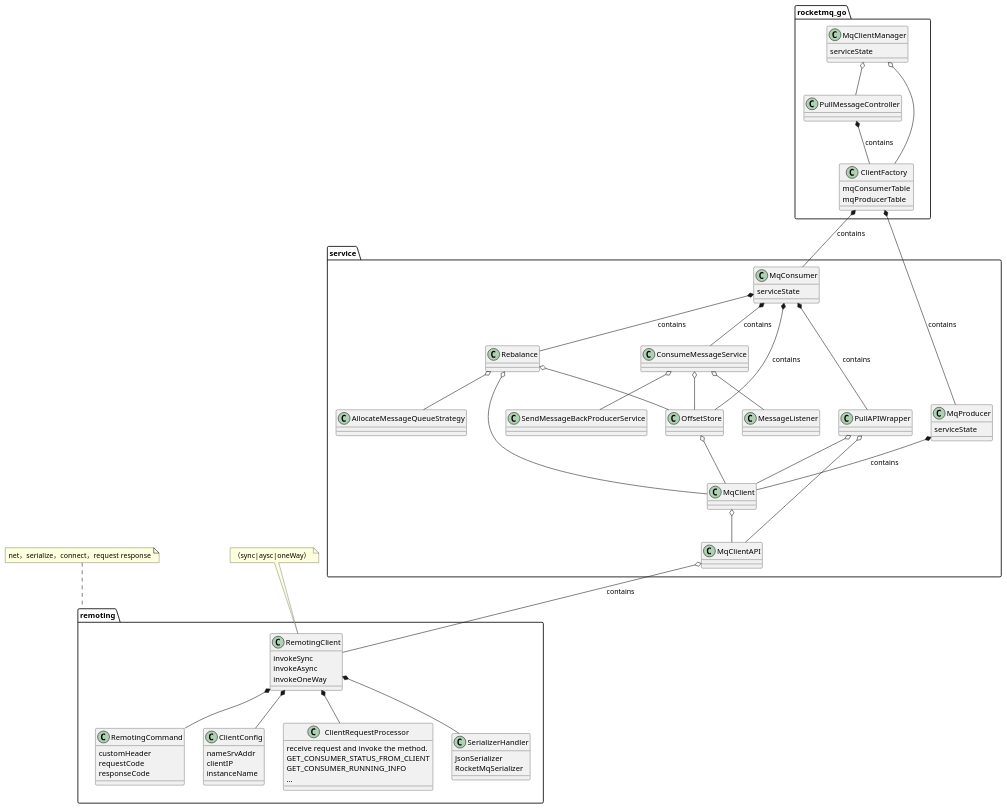
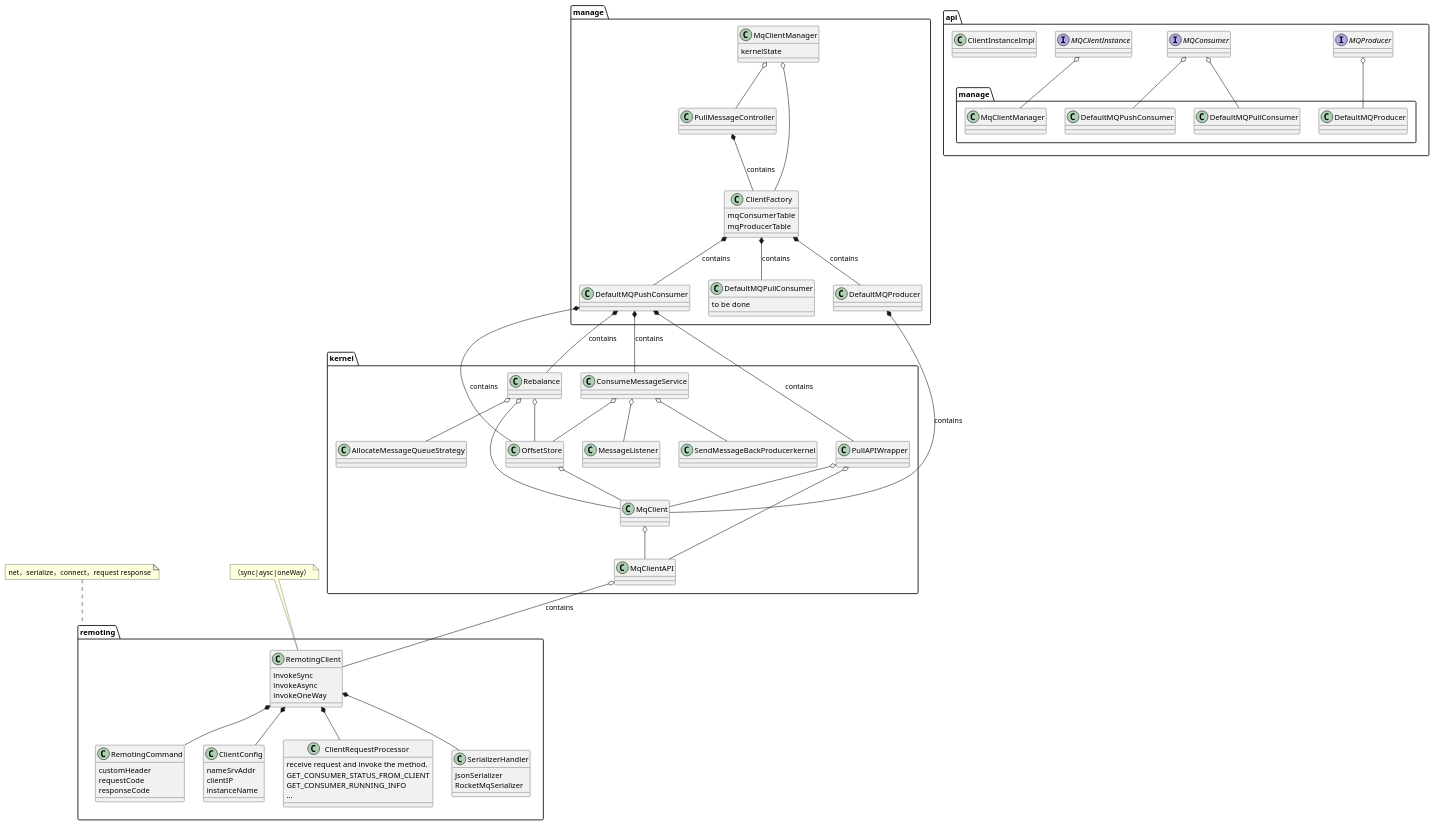
The diagram in rocketmq-go/docs/package.puml (apache/rocketmq-externals), drawn with PlantUML before and after one commit. The commit also changed 28 other files, not shown here.

```diff
--- a/rocketmq-go/docs/package.puml
+++ b/rocketmq-go/docs/package.puml
@@ -1,100 +1,123 @@
 @startuml
-
-
-class rocketmq_go.MqClientManager{
-serviceState
-}
-class rocketmq_go.PullMessageController{
+interface api.MQProducer{
 
 }
-class service.AllocateMessageQueueStrategy{
+interface api.MQConsumer{
+
 }
-class rocketmq_go.ClientFactory{
+interface api.MQClientInstance{
+
+       
+}
+class api.ClientInstanceImpl{
+}
+
+namespace api{
+    MQClientInstance o-- manage.MqClientManager
+    MQProducer o-- manage.DefaultMQProducer
+    MQConsumer o-- manage.DefaultMQPushConsumer
+     MQConsumer o-- manage.DefaultMQPullConsumer
+}
+
+class manage.MqClientManager{
+kernelState
+}
+class manage.PullMessageController{
+
+}
+class kernel.AllocateMessageQueueStrategy{
+}
+class manage.ClientFactory{
 mqConsumerTable
 mqProducerTable
 }
-class service.MqConsumer{
-serviceState
+class manage.DefaultMQPushConsumer{
 }
-class service.MqProducer{
-serviceState
+class manage.DefaultMQPullConsumer{
+    to be done
+}
+class manage.DefaultMQProducer{
  }
- class service.MqClient{
+ class kernel.MqClient{
 
  }
- class service.MessageListener{
+ class kernel.MessageListener{
  }
   class remoting.RemotingClient{
    invokeSync
    invokeAsync
    invokeOneWay
   }
  class remoting.RemotingCommand{
   customHeader
   requestCode
   responseCode
  }
   class remoting.ClientConfig{
    nameSrvAddr
    clientIP
    instanceName
   }
   class remoting.ClientRequestProcessor{
      receive request and invoke the method.
      GET_CONSUMER_STATUS_FROM_CLIENT
      GET_CONSUMER_RUNNING_INFO
      ...
     }
     class remoting.SerializerHandler{
        JsonSerializer
        RocketMqSerializer
     }
 
 
-namespace service{
+namespace kernel{
 
 
-rocketmq_go.PullMessageController *-- rocketmq_go.ClientFactory:contains
-rocketmq_go.ClientFactory *-- MqProducer:contains
-rocketmq_go.ClientFactory *-- MqConsumer:contains
-MqProducer *-- service.MqClient :contains
-MqConsumer *-- service.PullAPIWrapper : contains
-MqConsumer *-- service.OffsetStore : contains
-MqConsumer *-- service.Rebalance : contains
-MqConsumer *-- service.ConsumeMessageService : contains
+manage.PullMessageController *-- manage.ClientFactory:contains
+
+
 
 }
 
-namespace service{
+namespace kernel{
     MqClientAPI o-- remoting.RemotingClient:contains
     OffsetStore o-- MqClient
     PullAPIWrapper o-- MqClient
     MqClient o-- MqClientAPI
     PullAPIWrapper o-- MqClientAPI
     Rebalance o-- MqClient
     Rebalance o-- OffsetStore
     Rebalance o-- AllocateMessageQueueStrategy
-    ConsumeMessageService o-- SendMessageBackProducerService
+    ConsumeMessageService o-- SendMessageBackProducerkernel
     ConsumeMessageService o-- OffsetStore
     ConsumeMessageService o-- MessageListener
 }
 
 namespace remoting {
   RemotingClient  *-- RemotingCommand
   RemotingClient *-- ClientConfig
     RemotingClient  *-- ClientRequestProcessor
     RemotingClient *-- SerializerHandler
 
 
 }
 
-namespace rocketmq_go{
+namespace manage{
     MqClientManager o-- PullMessageController
     MqClientManager o-- ClientFactory
+    manage.ClientFactory *-- DefaultMQPushConsumer:contains
+    manage.ClientFactory *-- DefaultMQPullConsumer:contains
+    DefaultMQPushConsumer *-- kernel.PullAPIWrapper : contains
+    DefaultMQPushConsumer *-- kernel.OffsetStore : contains
+    DefaultMQPushConsumer *-- kernel.Rebalance : contains
+    DefaultMQPushConsumer *-- kernel.ConsumeMessageService : contains
+    manage.ClientFactory *-- DefaultMQProducer:contains
+
+    DefaultMQProducer *-- kernel.MqClient :contains
 }
 
 
 note top of remoting.RemotingClient :（sync|aysc|oneWay）
 note top of remoting :net，serialize，connect，request response
 
 @enduml
```
